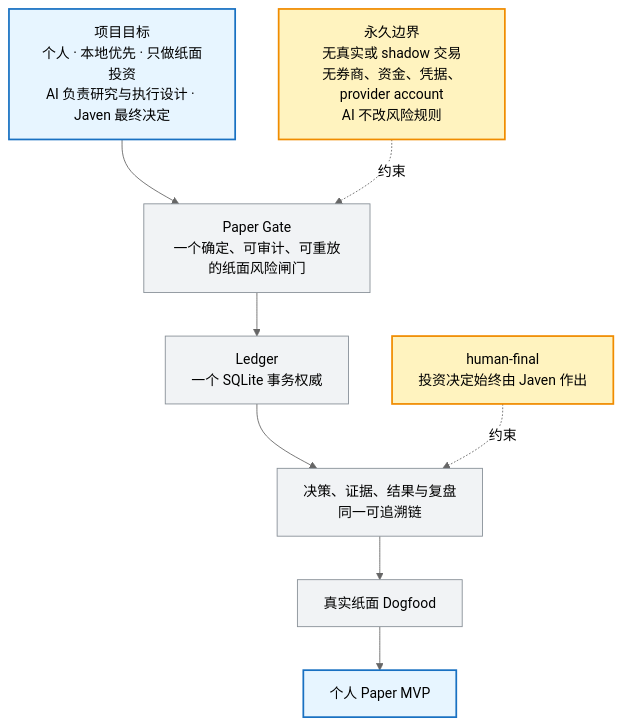
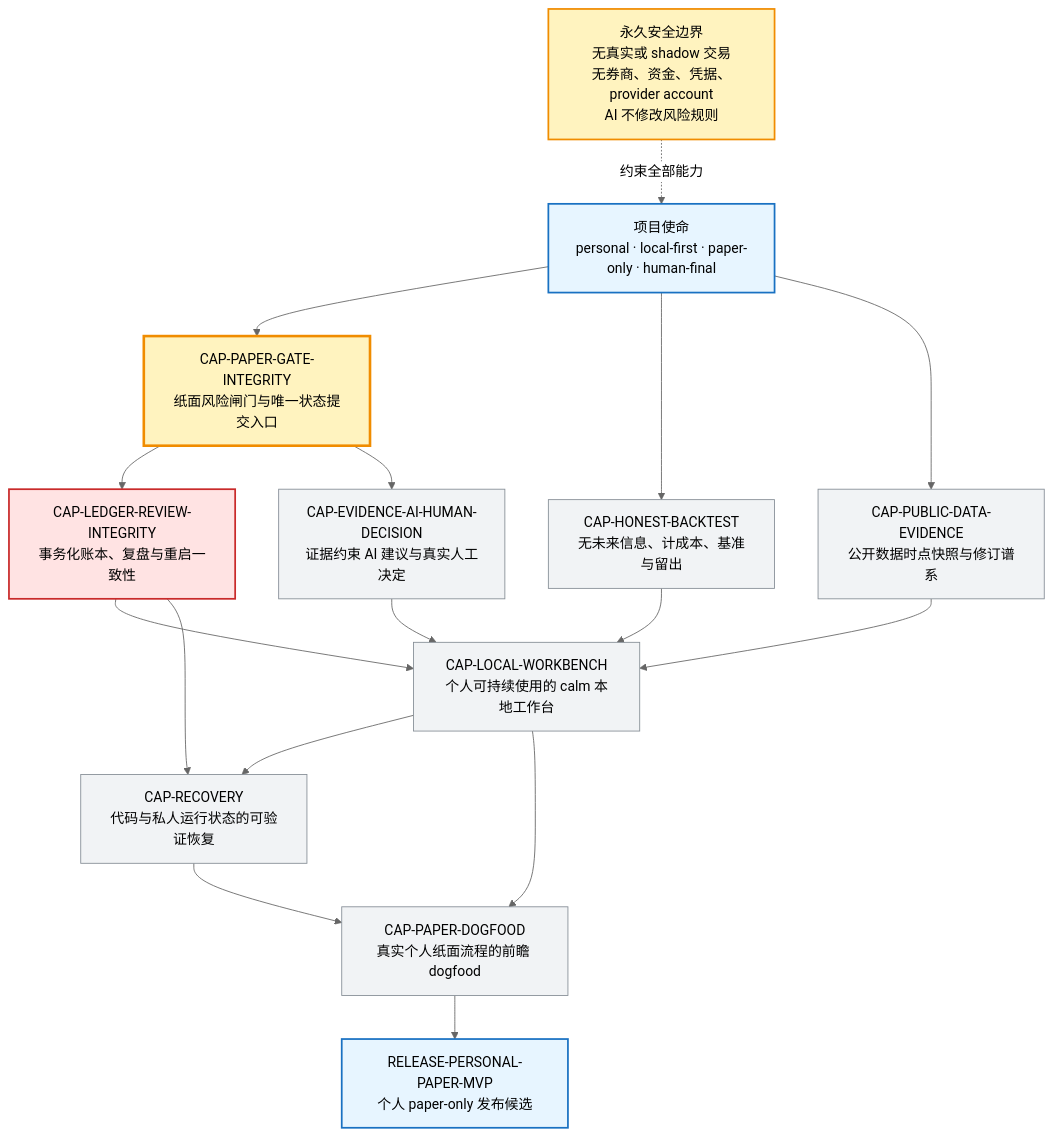
One commit to j-a-v-e-n/knowledge-vault changed the first of 2 diagrams in MyBrain/automation/reports/investment-discipline-system/CURRENT_PROGRESS.md. Above: the diagram before and after it, drawn with Mermaid (neutral theme). The commit also changed other lines of this file and 3 other files, not shown here.

````diff
--- a/MyBrain/automation/reports/investment-discipline-system/CURRENT_PROGRESS.md
+++ b/MyBrain/automation/reports/investment-discipline-system/CURRENT_PROGRESS.md
@@ -38,18 +14,35 @@
 ```mermaid
 flowchart TB
-    M["项目目标<br/>个人 · 本地优先 · 只做纸面投资<br/>AI 负责研究与执行设计 · Javen 最终决定"] --> PG["Paper Gate<br/>一个确定、可审计、可重放的纸面风险闸门"]
-    PG --> LEDGER["Ledger<br/>一个 SQLite 事务权威"]
-    LEDGER --> REVIEW["决策、证据、结果与复盘<br/>同一可追溯链"]
-    REVIEW --> DOG["真实纸面 Dogfood"]
-    DOG --> MVP["个人 Paper MVP"]
+    M["项目使命<br/>personal · local-first · paper-only · human-final"]
 
-    SAFE["永久边界<br/>无真实或 shadow 交易<br/>无券商、资金、凭据、provider account<br/>AI 不改风险规则"] -.约束.-> PG
-    HUMAN["human-final<br/>投资决定始终由 Javen 作出"] -.约束.-> REVIEW
+    M --> PG["CAP-PAPER-GATE-INTEGRITY<br/>纸面风险闸门与唯一状态提交入口"]
+    M --> BT["CAP-HONEST-BACKTEST<br/>无未来信息、计成本、基准与留出"]
+    M --> DATA["CAP-PUBLIC-DATA-EVIDENCE<br/>公开数据时点快照与修订谱系"]
 
-    classDef goal fill:#e7f5ff,stroke:#1971c2,stroke-width:2px;
+    PG --> LEDGER["CAP-LEDGER-REVIEW-INTEGRITY<br/>事务化账本、复盘与重启一致性"]
+    PG --> HUMAN["CAP-EVIDENCE-AI-HUMAN-DECISION<br/>证据约束 AI 建议与真实人工决定"]
+
+    LEDGER --> WB["CAP-LOCAL-WORKBENCH<br/>个人可持续使用的 calm 本地工作台"]
+    HUMAN --> WB
+    BT --> WB
+    DATA --> WB
+
+    LEDGER --> REC["CAP-RECOVERY<br/>代码与私人运行状态的可验证恢复"]
+    WB --> REC
+    WB --> DOG["CAP-PAPER-DOGFOOD<br/>真实个人纸面流程的前瞻 dogfood"]
+    REC --> DOG
+    DOG --> MVP["RELEASE-PERSONAL-PAPER-MVP<br/>个人 paper-only 发布候选"]
+
+    SAFE["永久安全边界<br/>无真实或 shadow 交易<br/>无券商、资金、凭据、provider account<br/>AI 不修改风险规则"] -.约束全部能力.-> M
+
+    classDef mission fill:#e7f5ff,stroke:#1971c2,stroke-width:2px;
+    classDef current fill:#fff3bf,stroke:#f08c00,stroke-width:3px;
+    classDef blocked fill:#ffe3e3,stroke:#c92a2a,stroke-width:2px;
     classDef pending fill:#f1f3f5,stroke:#868e96;
     classDef boundary fill:#fff3bf,stroke:#f08c00,stroke-width:2px;
-    class M,MVP goal;
-    class PG,LEDGER,REVIEW,DOG pending;
-    class SAFE,HUMAN boundary;
+    class M,MVP mission;
+    class PG current;
+    class LEDGER blocked;
+    class HUMAN,BT,DATA,WB,REC,DOG pending;
+    class SAFE boundary;
 ```
````
